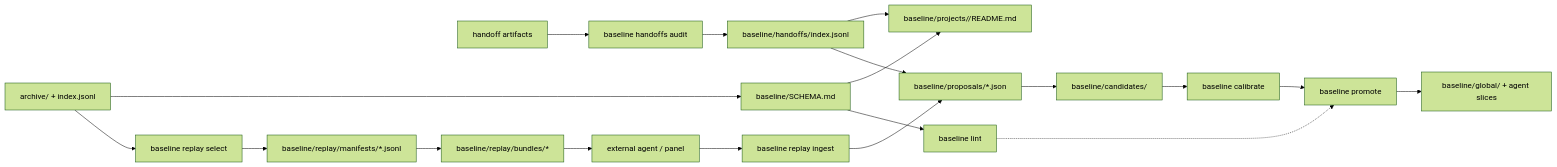
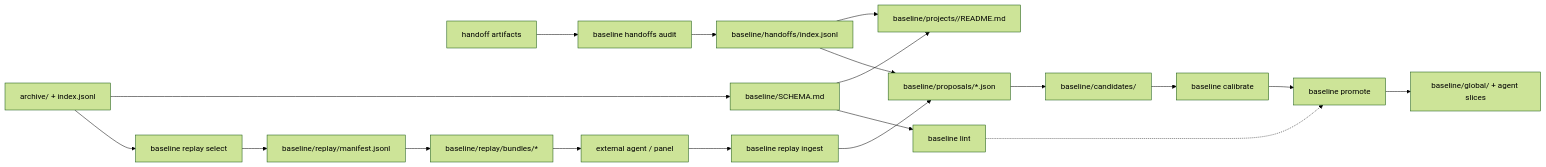
Before and after one commit to avidullu/agent-sessions: the diagram in docs/BASELINE_KNOWLEDGE_REPLAY_PLAN.md, drawn with Mermaid (forest theme). The commit also changed other lines of this file and 2 other files, not shown here.

Commit message:
docs: address knowledge replay review

````diff
--- a/docs/BASELINE_KNOWLEDGE_REPLAY_PLAN.md
+++ b/docs/BASELINE_KNOWLEDGE_REPLAY_PLAN.md
@@ -66,23 +68,23 @@
 ```mermaid
 flowchart LR
   Archive["archive/ + index.jsonl"] --> Schema["baseline/SCHEMA.md"]
   Schema --> Pages["baseline/projects/<slug>/README.md"]
   Schema --> Lint["baseline lint"]
 
   Handoffs["handoff artifacts"] --> HandoffMiner["baseline handoffs audit"]
   HandoffMiner --> HandoffIndex["baseline/handoffs/index.jsonl"]
   HandoffIndex --> Pages
   HandoffIndex --> Proposals["baseline/proposals/*.json"]
 
   Archive --> ReplaySelect["baseline replay select"]
-  ReplaySelect --> Manifest["baseline/replay/manifests/*.jsonl"]
+  ReplaySelect --> Manifest["baseline/replay/manifest.jsonl"]
   Manifest --> Bundle["baseline/replay/bundles/*"]
   Bundle --> Replayer["external agent / panel"]
   Replayer --> ReplayIngest["baseline replay ingest"]
   ReplayIngest --> Proposals
   Proposals --> Candidates["baseline/candidates/"]
   Candidates --> Calibrate["baseline calibrate"]
   Calibrate --> Promote["baseline promote"]
   Promote --> Published["baseline/global/ + agent slices"]
   Lint -.-> Promote
 ```
````
